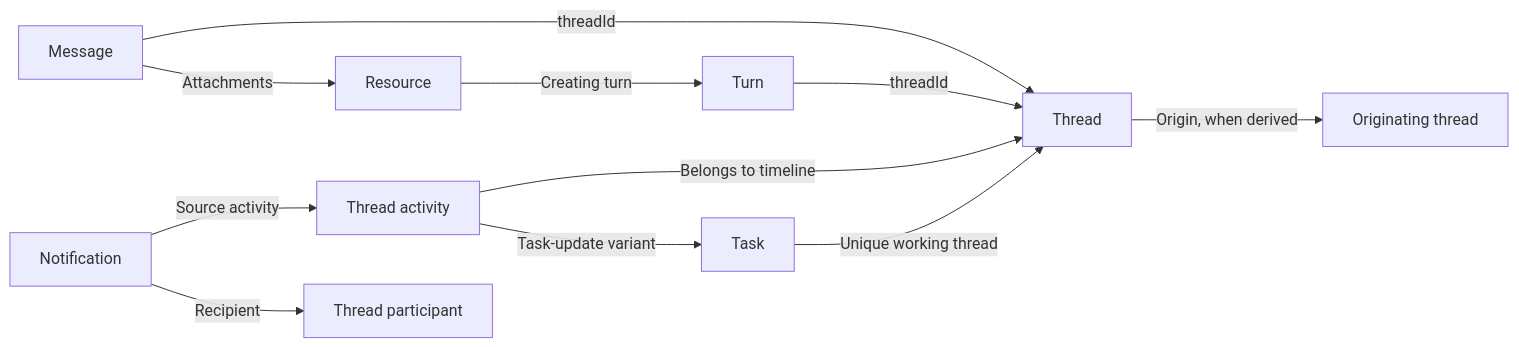
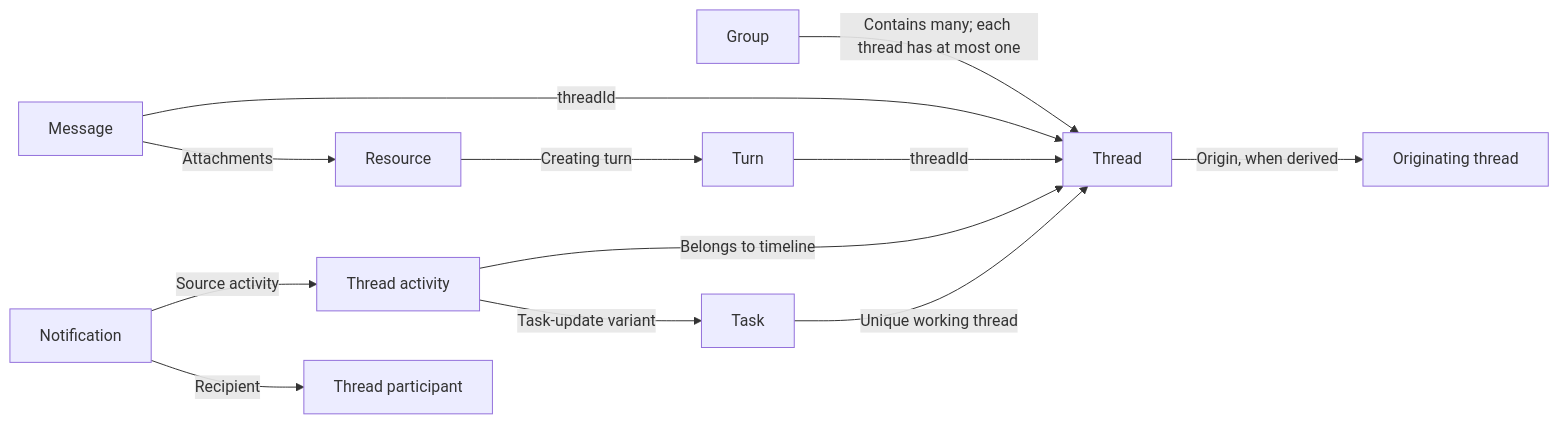
Before and after one commit to amends-dev/amends: the second of 7 diagrams in docs/core-model.md, drawn with Mermaid. The commit also changed other lines of this file and 48 other files, not shown here.

````diff
--- a/docs/core-model.md
+++ b/docs/core-model.md
@@ -133,13 +142,14 @@
 ```mermaid
 flowchart LR
-  TASK["Task"] -->|Unique working thread| THREAD["Thread"]
+  GROUP["Group"] -->|Contains many; each thread has at most one| THREAD["Thread"]
+  TASK["Task"] -->|Unique working thread| THREAD
   MESSAGE["Message"] -->|threadId| THREAD
   TURN["Turn"] -->|threadId| THREAD
   RESOURCE["Resource"] -->|Creating turn| TURN
   MESSAGE -->|Attachments| RESOURCE
   THREAD -->|Origin, when derived| ORIGIN["Originating thread"]
   ACTIVITY["Thread activity"] -->|Belongs to timeline| THREAD
   ACTIVITY -->|Task-update variant| TASK
   NOTIFICATION["Notification"] -->|Source activity| ACTIVITY
   NOTIFICATION -->|Recipient| PARTICIPANT["Thread participant"]
 ```
````
